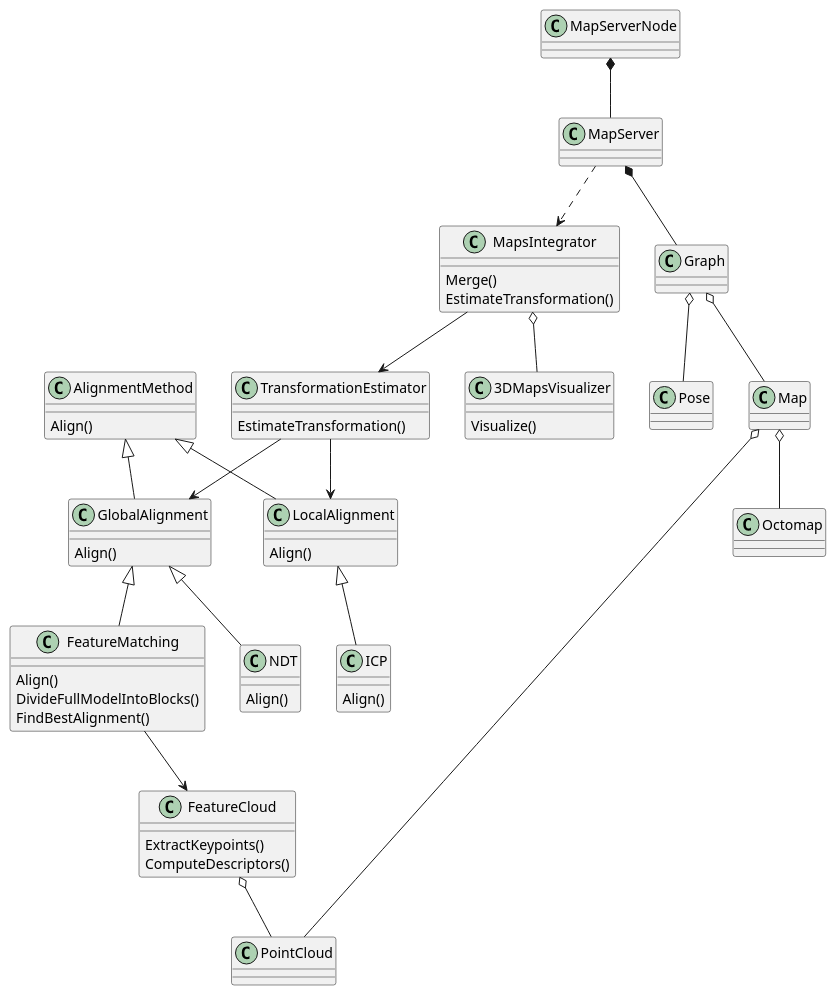
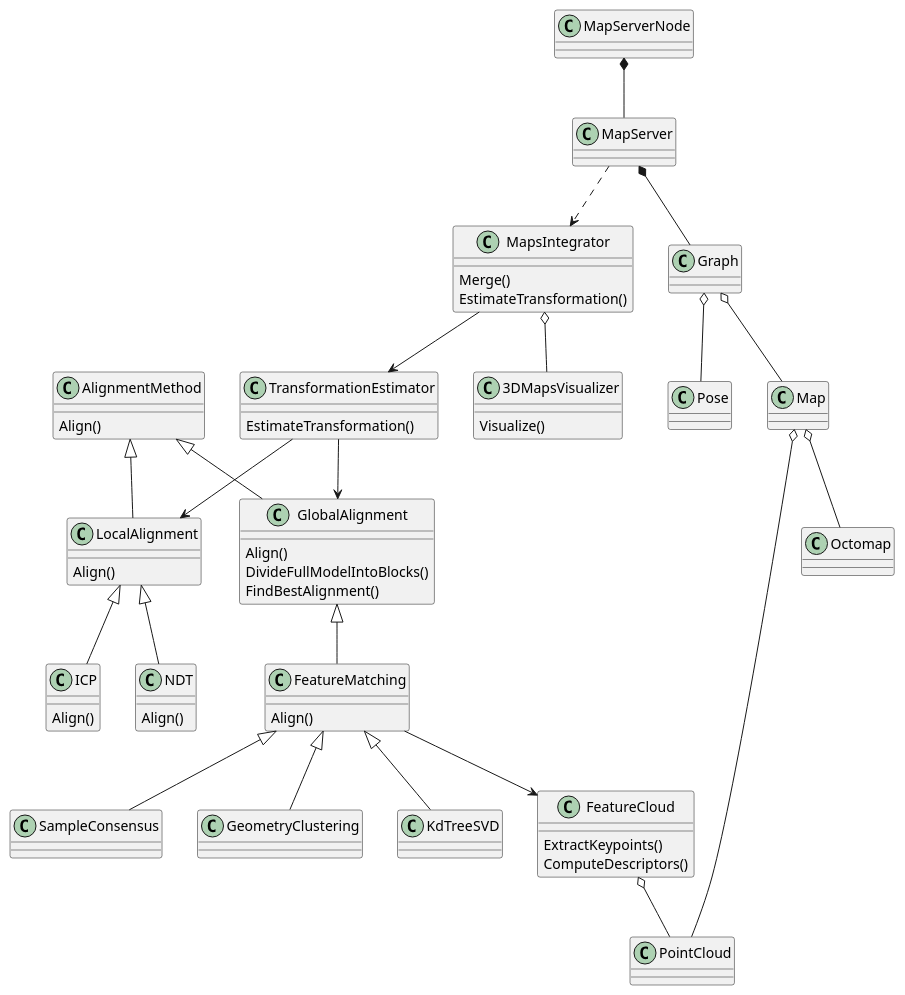
The diagram in design/class_diagram.puml (mdrwiega/3d_map_server), drawn with PlantUML before and after one commit. The commit also changed 1 other file, not shown here.

```diff
--- a/design/class_diagram.puml
+++ b/design/class_diagram.puml
@@ -1,77 +1,81 @@
 @startuml
 
 class FeatureCloud {
   ExtractKeypoints()
   ComputeDescriptors()
 }
 
 class FeatureMatching {
   Align()
-  DivideFullModelIntoBlocks()
-  FindBestAlignment()
 }
 
 class ICP {
   Align()
 }
 
 class NDT {
   Align()
 }
 
 class AlignmentMethod {
   Align()
 }
 
 class GlobalAlignment {
   Align()
+  DivideFullModelIntoBlocks()
+  FindBestAlignment()
 }
 
 class LocalAlignment {
   Align()
 }
 
 class TransformationEstimator {
   EstimateTransformation()
 }
 
 class MapsIntegrator {
   Merge()
   EstimateTransformation()
 }
 
 class 3DMapsVisualizer {
 	Visualize()
 }
 
 ' Connections
 
 MapServerNode *-- MapServer
 
 MapServer -.> MapsIntegrator
 MapServer *-- Graph
 
 Graph o-- Pose
 Graph o-- Map
 
 MapsIntegrator --> TransformationEstimator
 MapsIntegrator o-- 3DMapsVisualizer
 
 TransformationEstimator --> GlobalAlignment
 TransformationEstimator --> LocalAlignment
 
 AlignmentMethod <|-- GlobalAlignment
 AlignmentMethod <|-- LocalAlignment
 
 LocalAlignment <|-- ICP
+LocalAlignment <|-- NDT
 
 GlobalAlignment <|-- FeatureMatching
-GlobalAlignment <|-- NDT
 
+FeatureMatching <|-- GeometryClustering
+FeatureMatching <|-- KdTreeSVD
+FeatureMatching <|-- SampleConsensus
 FeatureMatching --> FeatureCloud
+
 FeatureCloud o-- PointCloud
 
 Map o-- Octomap
 Map o-- PointCloud
 
 @enduml
```
